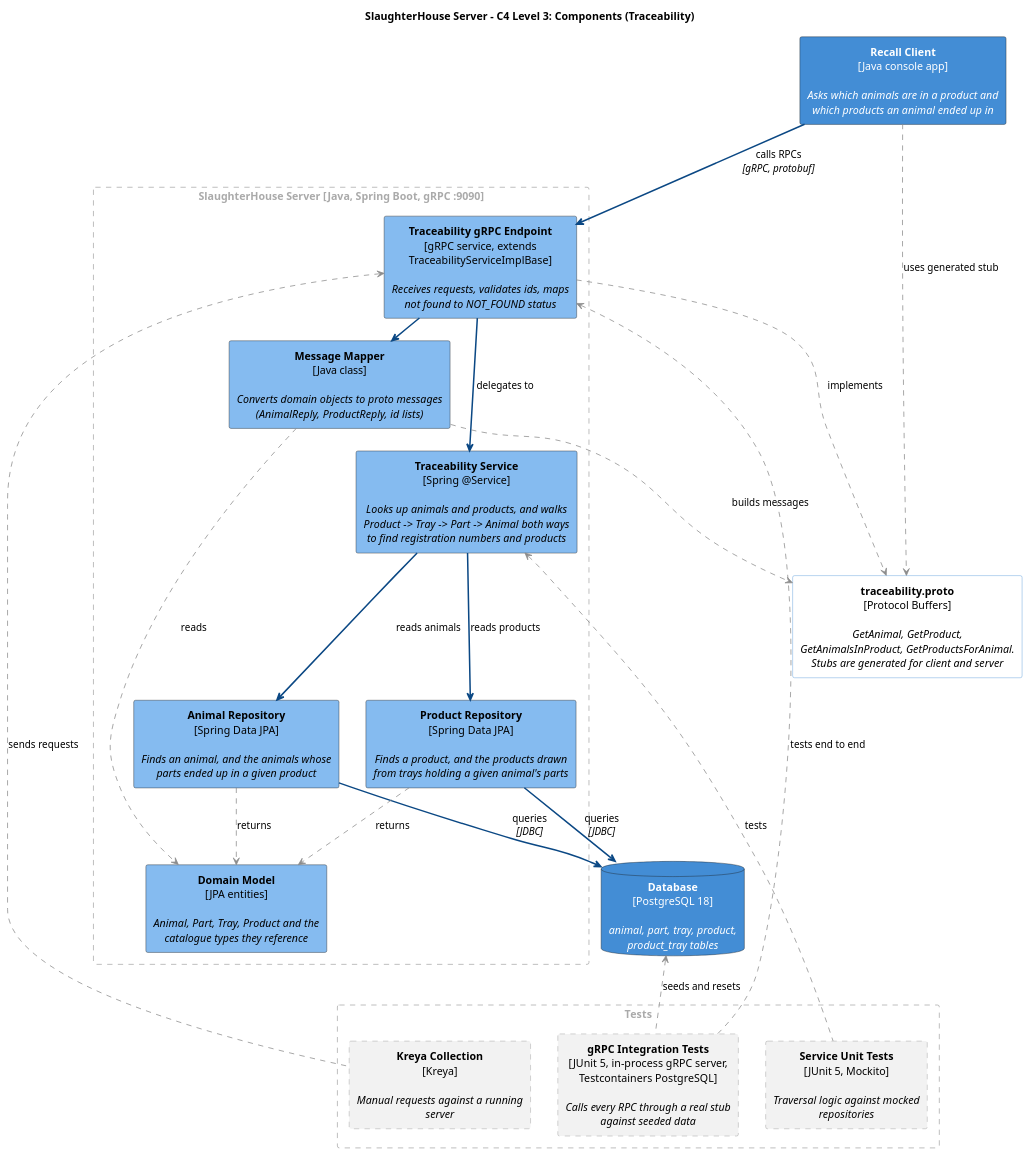
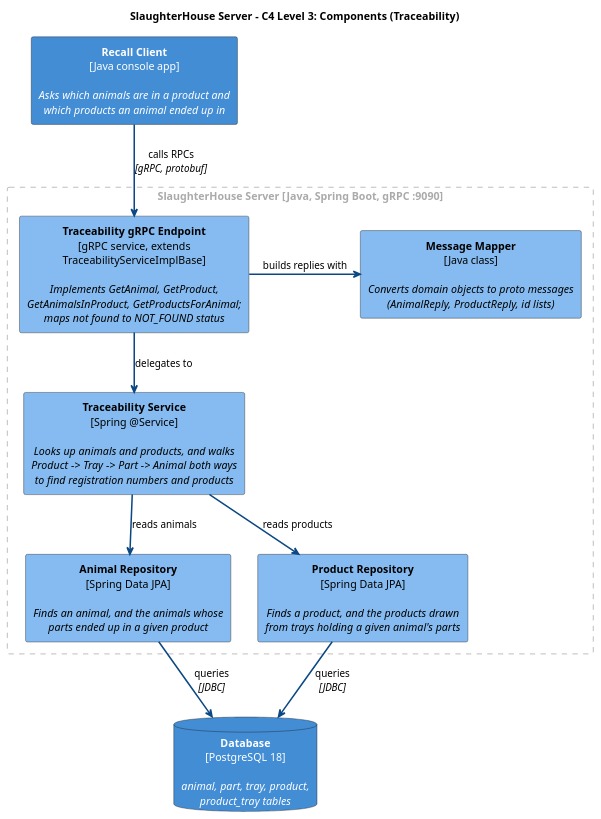
One commit to ahausgaard/DSY changed the diagram in SlaughterHouse/docs/componentDiagram.puml. Above: the diagram before and after it, drawn with PlantUML. The commit also changed 25 other files, not shown here.

Commit message:
removed Kreya. Updated component diagram

```diff
--- a/SlaughterHouse/docs/componentDiagram.puml
+++ b/SlaughterHouse/docs/componentDiagram.puml
@@ -1,96 +1,54 @@
 @startuml c4-l3-component
 title SlaughterHouse Server - C4 Level 3: Components (Traceability)
 
 hide stereotype
 skinparam shadowing false
 skinparam defaultTextAlignment center
 skinparam rectangle<<container>> {
   BackgroundColor #438DD5
   FontColor #FFFFFF
 }
 skinparam database<<container>> {
   BackgroundColor #438DD5
   FontColor #FFFFFF
 }
 skinparam rectangle<<component>> {
   BackgroundColor #85BBF0
   FontColor #000000
 }
-skinparam rectangle<<contract>> {
-  BackgroundColor #FFFFFF
-  BorderColor #438DD5
-  FontColor #000000
-}
-skinparam rectangle<<test>> {
-  BackgroundColor #F2F2F2
-  BorderColor #8C8C8C
-  BorderStyle dashed
-  FontColor #000000
-}
 skinparam rectangle<<boundary>> {
   BackgroundColor transparent
   BorderColor #AAAAAA
   BorderStyle dashed
   FontColor #AAAAAA
 }
 
 rectangle "**Recall Client**\n[Java console app]\n\n//Asks which animals are in a product and//\n//which products an animal ended up in//" <<container>> as recallClient
 
-rectangle "**traceability.proto**\n[Protocol Buffers]\n\n//GetAnimal, GetProduct,//\n//GetAnimalsInProduct, GetProductsForAnimal.//\n//Stubs are generated for client and server//" <<contract>> as proto
-
 rectangle "SlaughterHouse Server [Java, Spring Boot, gRPC :9090]" <<boundary>> {
 
-  rectangle "**Traceability gRPC Endpoint**\n[gRPC service, extends\nTraceabilityServiceImplBase]\n\n//Receives requests, validates ids, maps//\n//not found to NOT_FOUND status//" <<component>> as endpoint
+  rectangle "**Traceability gRPC Endpoint**\n[gRPC service, extends\nTraceabilityServiceImplBase]\n\n//Implements GetAnimal, GetProduct,//\n//GetAnimalsInProduct, GetProductsForAnimal;//\n//maps not found to NOT_FOUND status//" <<component>> as endpoint
 
   rectangle "**Message Mapper**\n[Java class]\n\n//Converts domain objects to proto messages//\n//(AnimalReply, ProductReply, id lists)//" <<component>> as mapper
 
   rectangle "**Traceability Service**\n[Spring @Service]\n\n//Looks up animals and products, and walks//\n//Product -> Tray -> Part -> Animal both ways//\n//to find registration numbers and products//" <<component>> as service
 
   rectangle "**Animal Repository**\n[Spring Data JPA]\n\n//Finds an animal, and the animals whose//\n//parts ended up in a given product//" <<component>> as animalRepo
 
   rectangle "**Product Repository**\n[Spring Data JPA]\n\n//Finds a product, and the products drawn//\n//from trays holding a given animal's parts//" <<component>> as productRepo
-
-  rectangle "**Domain Model**\n[JPA entities]\n\n//Animal, Part, Tray, Product and the//\n//catalogue types they reference//" <<component>> as domain
 }
 
 database "**Database**\n[PostgreSQL 18]\n\n//animal, part, tray, product,//\n//product_tray tables//" <<container>> as db
 
-rectangle "Tests" <<boundary>> {
-
-  rectangle "**Service Unit Tests**\n[JUnit 5, Mockito]\n\n//Traversal logic against mocked//\n//repositories//" <<test>> as unitTests
-
-  rectangle "**gRPC Integration Tests**\n[JUnit 5, in-process gRPC server,\nTestcontainers PostgreSQL]\n\n//Calls every RPC through a real stub//\n//against seeded data//" <<test>> as itTests
-
-  rectangle "**Kreya Collection**\n[Kreya]\n\n//Manual requests against a running//\n//server//" <<test>> as kreya
-}
-
-' Contract sits beside the client it is shared with
-recallClient -[hidden]right- proto
-
 ' Keep the two repositories side by side
 animalRepo -[hidden]right- productRepo
 
-' Request path, top to bottom
 recallClient -[#0B4884,bold]down-> endpoint : calls RPCs\n//[gRPC, protobuf]//
 endpoint     -[#0B4884,bold]down-> service  : delegates to
 endpoint     -[#0B4884,bold]right-> mapper  : builds replies with
 service      -[#0B4884,bold]down-> animalRepo  : reads animals
 service      -[#0B4884,bold]down-> productRepo : reads products
 animalRepo   -[#0B4884,bold]down-> db : queries\n//[JDBC]//
 productRepo  -[#0B4884,bold]down-> db : queries\n//[JDBC]//
 
-' Shared types
-animalRepo  .[#8C8C8C].> domain : returns
-productRepo .[#8C8C8C].> domain : returns
-mapper      .[#8C8C8C].> domain : reads
-endpoint    .[#8C8C8C].> proto  : implements
-recallClient .[#8C8C8C].> proto : uses generated stub
-mapper      .[#8C8C8C].> proto  : builds messages
-
-' What each test exercises
-unitTests -[#8C8C8C,dashed]up-> service  : tests
-itTests   -[#8C8C8C,dashed]up-> endpoint : tests end to end
-itTests   -[#8C8C8C,dashed]up-> db       : seeds and resets
-kreya     -[#8C8C8C,dashed]up-> endpoint : sends requests
-
 @enduml
```
